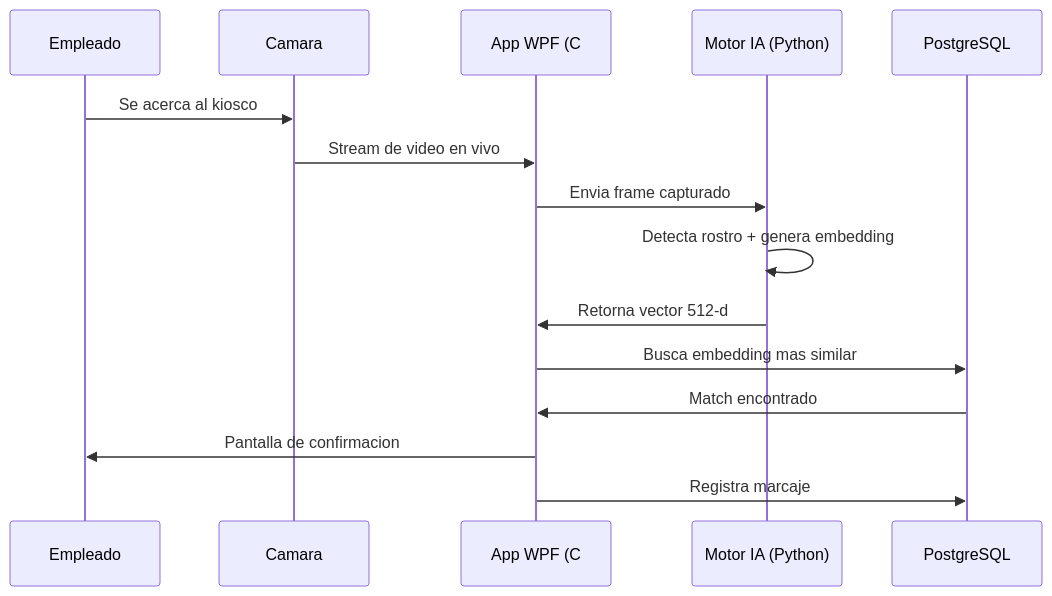
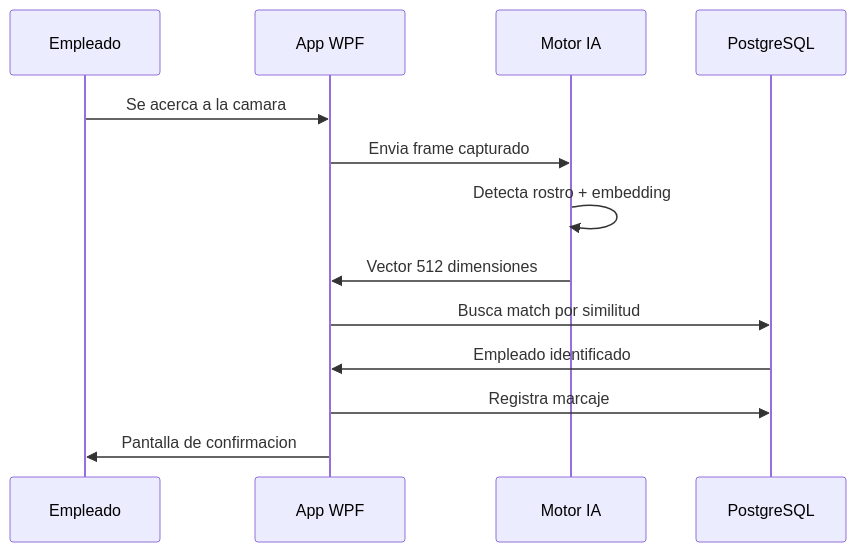
The first of 2 diagrams in docs/producto/como-funciona.md (ramarstudio/RAMar_Repo), drawn with Mermaid before and after one commit. The commit also changed other lines of this file and 9 other files, not shown here.

````diff
--- a/docs/producto/como-funciona.md
+++ b/docs/producto/como-funciona.md
@@ -13,18 +5,16 @@
 ```mermaid
 sequenceDiagram
     participant E as Empleado
-    participant C as Camara
-    participant W as App WPF (C#)
-    participant P as Motor IA (Python)
+    participant W as App WPF
+    participant P as Motor IA
     participant D as PostgreSQL
 
-    E->>C: Se acerca al kiosco
-    C->>W: Stream de video en vivo
+    E->>W: Se acerca a la camara
     W->>P: Envia frame capturado
-    P->>P: Detecta rostro + genera embedding
-    P->>W: Retorna vector 512-d
-    W->>D: Busca embedding mas similar
-    D->>W: Match encontrado
+    P->>P: Detecta rostro + embedding
+    P->>W: Vector 512 dimensiones
+    W->>D: Busca match por similitud
+    D->>W: Empleado identificado
+    W->>D: Registra marcaje
     W->>E: Pantalla de confirmacion
-    W->>D: Registra marcaje
 ```
````
